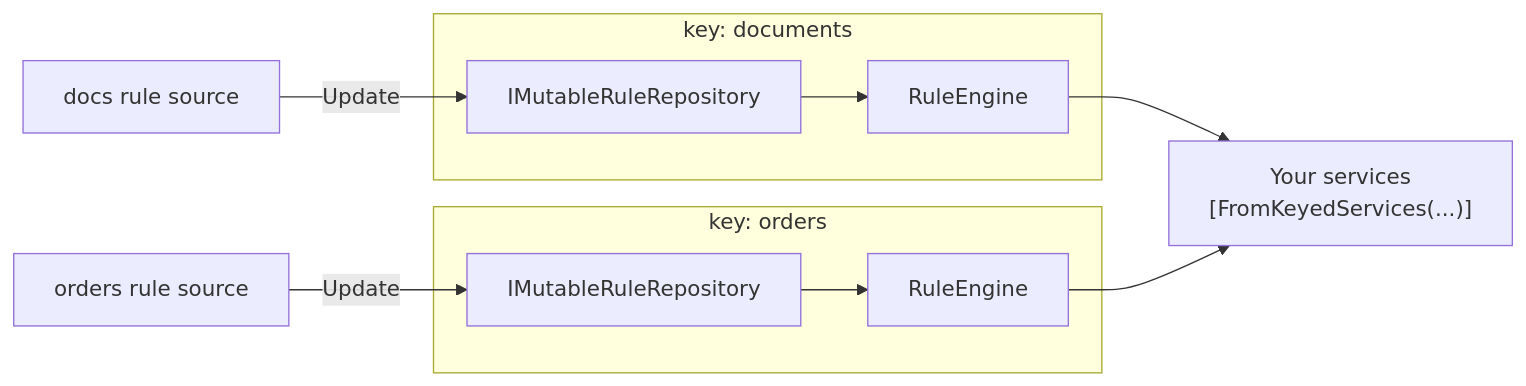
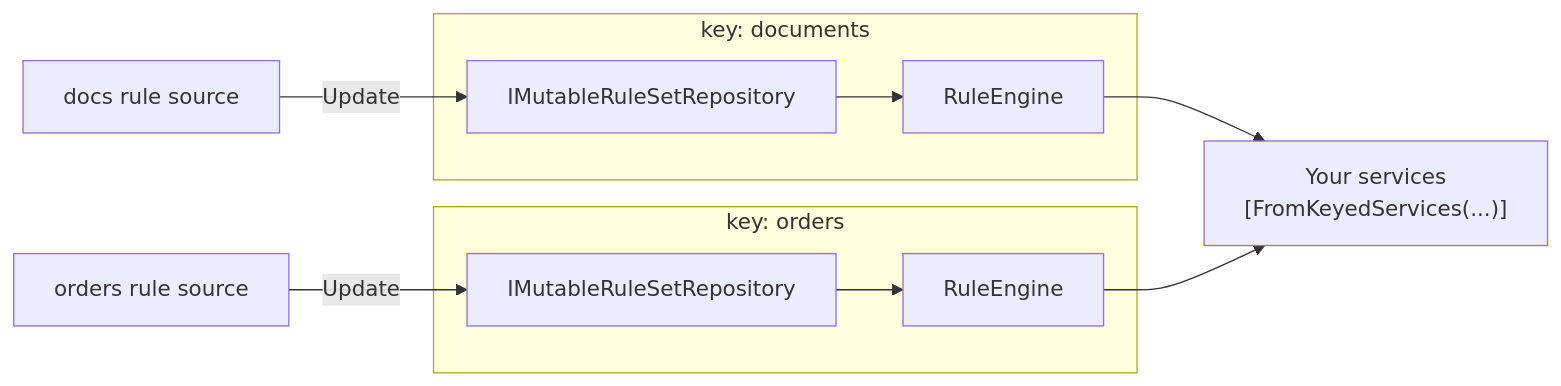
One commit to FlameOfUdun/winche-rules changed the third of 5 diagrams in README.md. Above: the diagram before and after it, drawn with Mermaid. The commit also changed other lines of this file and 16 other files, not shown here.

First line of the commit message:
refactor!: finalize repository API — RuleSet* naming, keyed factory wiring, 3.0.0

````diff
--- a/README.md
+++ b/README.md
@@ -362,13 +369,13 @@
 ```mermaid
 flowchart LR
     subgraph key_docs["key: documents"]
-        R1["IMutableRuleRepository"] --> E1["RuleEngine"]
+        R1["IMutableRuleSetRepository"] --> E1["RuleEngine"]
     end
     subgraph key_orders["key: orders"]
-        R2["IMutableRuleRepository"] --> E2["RuleEngine"]
+        R2["IMutableRuleSetRepository"] --> E2["RuleEngine"]
     end
     Src1["docs rule source"] -->|Update| R1
     Src2["orders rule source"] -->|Update| R2
     E1 --> App["Your services<br/>[FromKeyedServices(...)]"]
     E2 --> App
 ```
````
